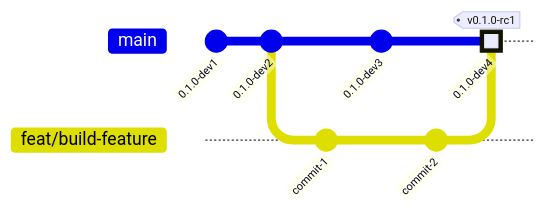
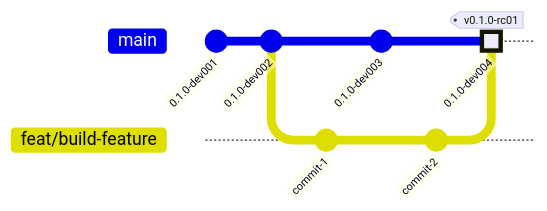
The eighth of 14 diagrams in docs/sdk-versioning.md (tomtom-international/commisery-action), drawn with Mermaid before and after one commit. The commit also changed other lines of this file, not shown here.

````diff
--- a/docs/sdk-versioning.md
+++ b/docs/sdk-versioning.md
@@ -397,14 +397,14 @@
 ```mermaid
 gitGraph
-  commit id: "0.1.0-dev1"
-  commit id: "0.1.0-dev2"
+  commit id: "0.1.0-dev001"
+  commit id: "0.1.0-dev002"
   branch feat/build-feature
   checkout feat/build-feature
   commit id: "commit-1"
   checkout main
-  commit id: "0.1.0-dev3"
+  commit id: "0.1.0-dev003"
   checkout feat/build-feature
   commit id: "commit-2"
   checkout main
-  merge feat/build-feature id: "0.1.0-dev4" tag: "v0.1.0-rc1" type: HIGHLIGHT
+  merge feat/build-feature id: "0.1.0-dev004" tag: "v0.1.0-rc01" type: HIGHLIGHT
 ```
````
